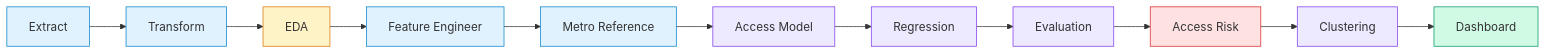
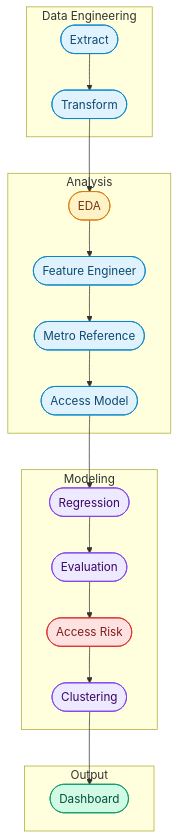
Before and after one commit to kennethyeaher/inst737-final-project-kenneth-yeaher: the diagram in README.md, drawn with Mermaid.

Commit message:
polish README

````diff
--- a/README.md
+++ b/README.md
@@ -161,25 +161,39 @@
 ```mermaid
-flowchart LR
-    A[Extract] --> B[Transform]
-    B --> C[EDA]
-    C --> D[Feature Engineer]
-    D --> E[Metro Reference]
-    E --> F[Access Model]
-    F --> G[Regression]
-    G --> H[Evaluation]
-    H --> I[Access Risk]
-    I --> J[Clustering]
-    J --> K[Dashboard]
+flowchart TD
+    subgraph ETL ["Data Engineering"]
+        A([Extract]) --> B([Transform])
+    end
 
-    classDef etl fill:#e0f2fe,stroke:#0284c7
-    classDef eda fill:#fef3c7,stroke:#d97706
-    classDef model fill:#ede9fe,stroke:#7c3aed
-    classDef risk fill:#fee2e2,stroke:#dc2626
-    classDef dash fill:#d1fae5,stroke:#059669
+    subgraph ANALYSIS ["Analysis"]
+        C([EDA]) --> D([Feature Engineer])
+        D --> E([Metro Reference])
+        E --> F([Access Model])
+    end
 
-    class A,B,D,E etl
+    subgraph MODELING ["Modeling"]
+        G([Regression]) --> H([Evaluation])
+        H --> I([Access Risk])
+        I --> J([Clustering])
+    end
+
+    subgraph OUTPUT ["Output"]
+        K([Dashboard])
+    end
+
+    B --> C
+    F --> G
+    J --> K
+
+    classDef etl fill:#e0f2fe,stroke:#0284c7,color:#0c4a6e
+    classDef eda fill:#fef3c7,stroke:#d97706,color:#78350f
+    classDef model fill:#ede9fe,stroke:#7c3aed,color:#3b0764
+    classDef risk fill:#fee2e2,stroke:#dc2626,color:#7f1d1d
+    classDef dash fill:#d1fae5,stroke:#059669,color:#064e3b
+
+    class A,B etl
     class C eda
-    class F,G,H,J model
+    class D,E,F etl
+    class G,H,J model
     class I risk
     class K dash
 ```
````
